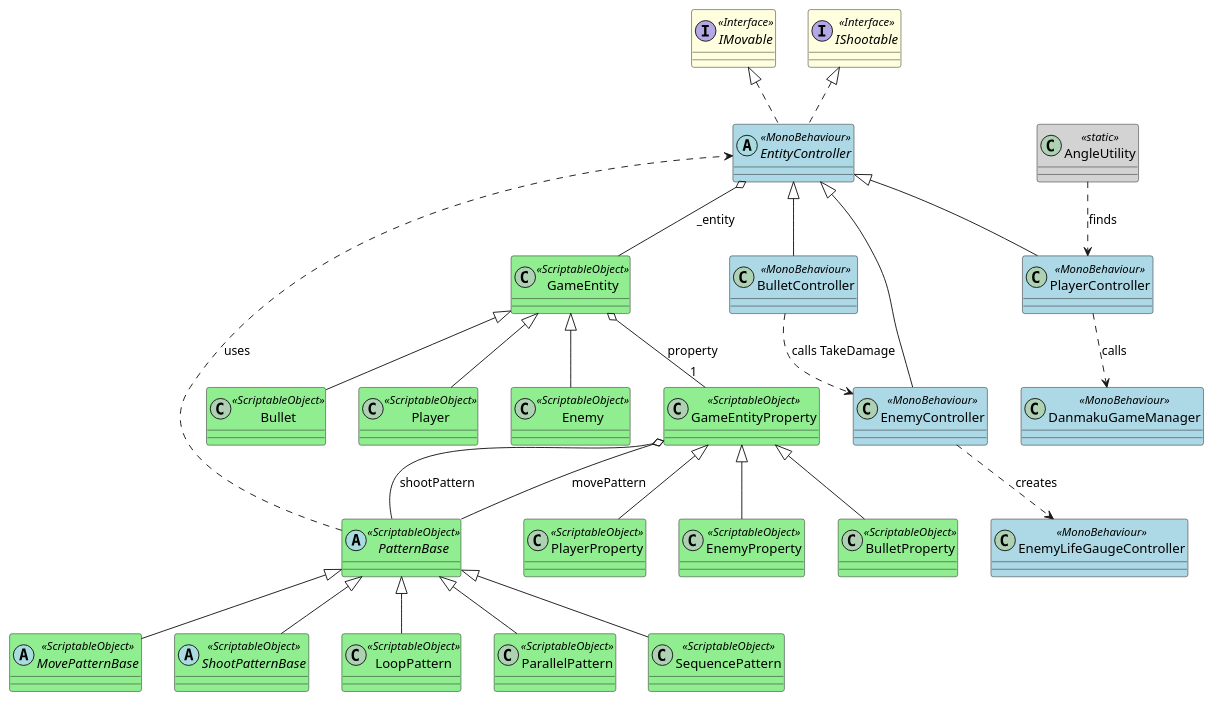
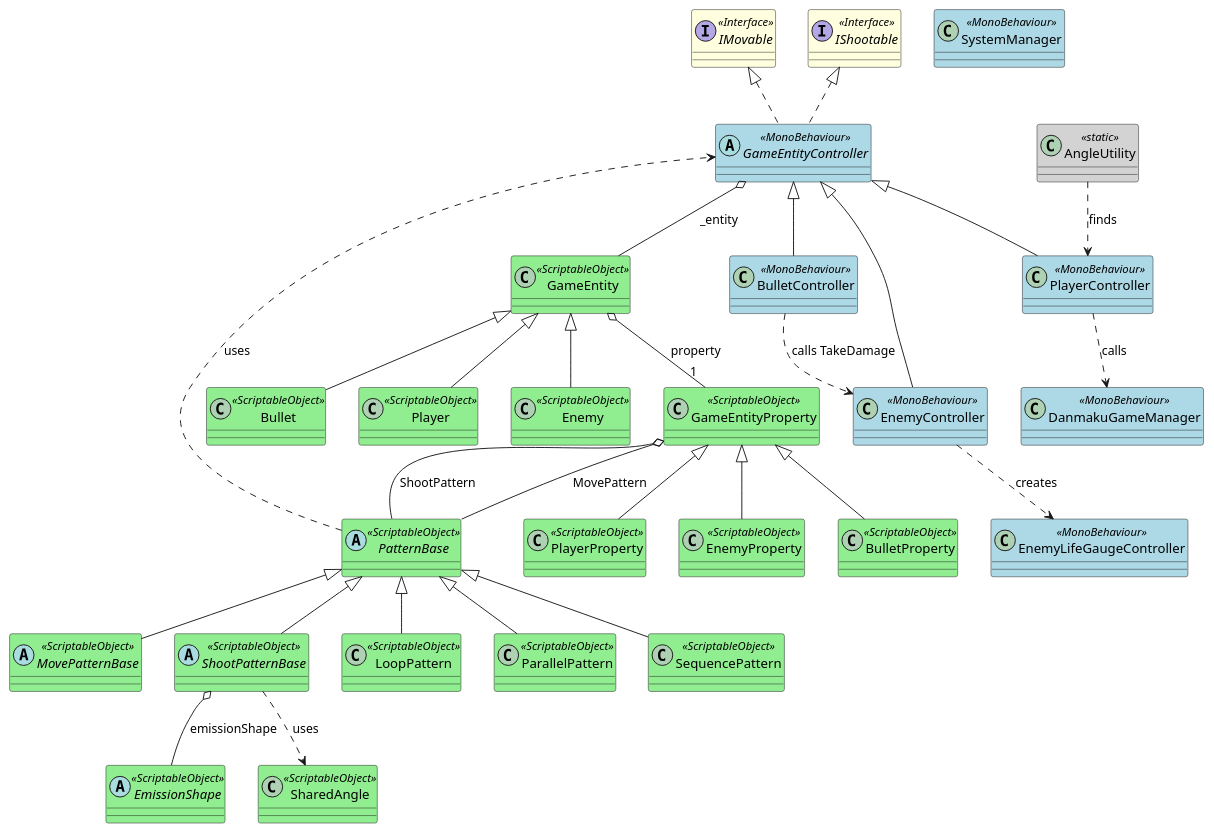
The diagram in CurrentClassDiagram_Overview.puml (himitu-da/Touhou-Spell-Up), drawn with PlantUML before and after one commit. The commit also changed 322 other files, not shown here.

```diff
--- a/CurrentClassDiagram_Overview.puml
+++ b/CurrentClassDiagram_Overview.puml
@@ -1,78 +1,84 @@
 @startuml ClassDiagram_Overview
+' v2025.07.29
 ' ステレオタイプの色設定
 skinparam class {
     BackgroundColor<<MonoBehaviour>> LightBlue
     BackgroundColor<<ScriptableObject>> LightGreen
     BackgroundColor<<Interface>> LightYellow
     BackgroundColor<<static>> LightGray
 }
 
 ' --- インターフェース定義 ---
 interface IMovable <<Interface>>
 interface IShootable <<Interface>>
 
 ' --- マネージャー ---
+class SystemManager <<MonoBehaviour>>
 class DanmakuGameManager <<MonoBehaviour>>
 
 ' --- エンティティ基盤 ---
-abstract class EntityController <<MonoBehaviour>>
+abstract class GameEntityController <<MonoBehaviour>>
 class GameEntity <<ScriptableObject>>
 class GameEntityProperty <<ScriptableObject>>
 
 ' --- Player ---
 class PlayerController <<MonoBehaviour>>
 class Player <<ScriptableObject>>
 class PlayerProperty <<ScriptableObject>>
 
 ' --- Enemy ---
 class EnemyController <<MonoBehaviour>>
 class Enemy <<ScriptableObject>>
 class EnemyProperty <<ScriptableObject>>
 
 ' --- Bullet ---
 class BulletController <<MonoBehaviour>>
 class Bullet <<ScriptableObject>>
 class BulletProperty <<ScriptableObject>>
 
 ' --- パターン関連 ---
 abstract class PatternBase <<ScriptableObject>>
 abstract class MovePatternBase <<ScriptableObject>>
 abstract class ShootPatternBase <<ScriptableObject>>
 class LoopPattern <<ScriptableObject>>
 class ParallelPattern <<ScriptableObject>>
 class SequencePattern <<ScriptableObject>>
+abstract class EmissionShape <<ScriptableObject>>
+class SharedAngle <<ScriptableObject>>
 
 ' --- その他 ---
 class EnemyLifeGaugeController <<MonoBehaviour>>
 class AngleUtility <<static>>
 
 ' --- 継承関係 ---
-EntityController <|-- PlayerController
-EntityController <|-- EnemyController
-EntityController <|-- BulletController
+GameEntityController <|-- PlayerController
+GameEntityController <|-- EnemyController
+GameEntityController <|-- BulletController
 GameEntity <|-- Player
 GameEntity <|-- Enemy
 GameEntity <|-- Bullet
 GameEntityProperty <|-- PlayerProperty
 GameEntityProperty <|-- EnemyProperty
 GameEntityProperty <|-- BulletProperty
 PatternBase <|-- MovePatternBase
 PatternBase <|-- ShootPatternBase
 PatternBase <|-- LoopPattern
 PatternBase <|-- ParallelPattern
 PatternBase <|-- SequencePattern
-IMovable <|.. EntityController
-IShootable <|.. EntityController
+IMovable <|.. GameEntityController
+IShootable <|.. GameEntityController
 
 ' --- 関連 ---
 PlayerController ..> DanmakuGameManager : "calls"
-EntityController o-- GameEntity : "_entity"
-GameEntity o-- "1" GameEntityProperty : "property"
-GameEntityProperty o-- PatternBase : "shootPattern"
-GameEntityProperty o-- PatternBase : "movePattern"
-PatternBase ..> EntityController : "uses"
+GameEntityController o-- GameEntity : " _entity"
+GameEntity o-- "1" GameEntityProperty : " property"
+GameEntityProperty o-- PatternBase : "ShootPattern"
+GameEntityProperty o-- PatternBase : "MovePattern"
+PatternBase ..> GameEntityController : "uses"
+ShootPatternBase o-- EmissionShape : "emissionShape"
+ShootPatternBase ..> SharedAngle : "uses"
 BulletController ..> EnemyController : "calls TakeDamage"
 EnemyController ..> EnemyLifeGaugeController : "creates"
 AngleUtility ..> PlayerController : "finds"
 
 @enduml
```
